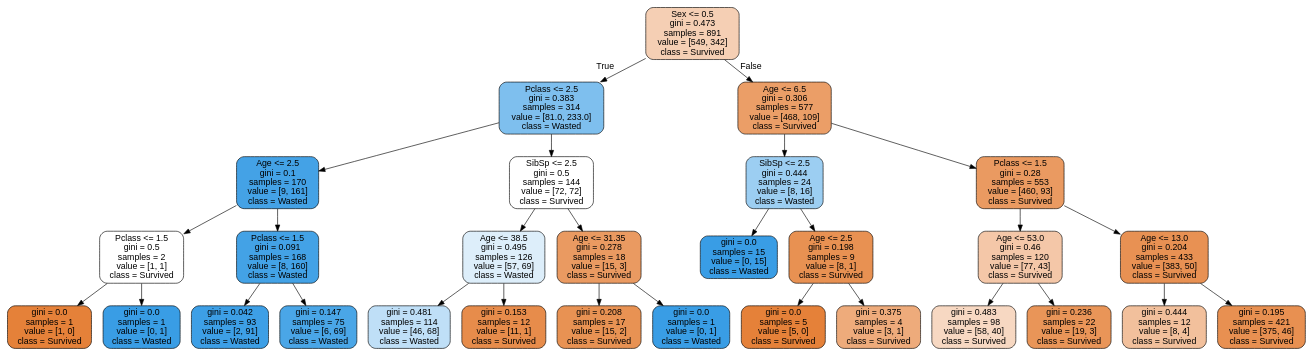
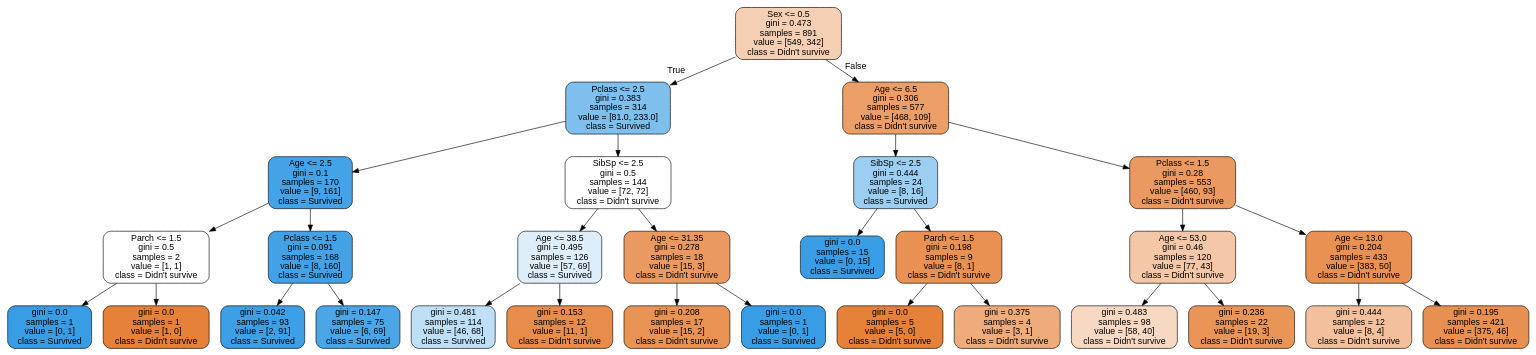
Before and after one commit to Angelmbx/Machine-Learing: the diagram in UD2/Clase/img/titanic_tree.dot, drawn with Graphviz. The commit also changed 2 other files, not shown here.

```diff
--- a/UD2/Clase/img/titanic_tree.dot
+++ b/UD2/Clase/img/titanic_tree.dot
@@ -1,61 +1,61 @@
 digraph Tree {
 node [shape=box, style="filled, rounded", color="black", fontname="helvetica"] ;
 edge [fontname="helvetica"] ;
-0 [label="Sex <= 0.5\ngini = 0.473\nsamples = 891\nvalue = [549, 342]\nclass = Survived", fillcolor="#f5cfb4"] ;
-1 [label="Pclass <= 2.5\ngini = 0.383\nsamples = 314\nvalue = [81.0, 233.0]\nclass = Wasted", fillcolor="#7ebfee"] ;
+0 [label="Sex <= 0.5\ngini = 0.473\nsamples = 891\nvalue = [549, 342]\nclass = Didn't survive", fillcolor="#f5cfb4"] ;
+1 [label="Pclass <= 2.5\ngini = 0.383\nsamples = 314\nvalue = [81.0, 233.0]\nclass = Survived", fillcolor="#7ebfee"] ;
 0 -> 1 [labeldistance=2.5, labelangle=45, headlabel="True"] ;
-2 [label="Age <= 2.5\ngini = 0.1\nsamples = 170\nvalue = [9, 161]\nclass = Wasted", fillcolor="#44a2e6"] ;
+2 [label="Age <= 2.5\ngini = 0.1\nsamples = 170\nvalue = [9, 161]\nclass = Survived", fillcolor="#44a2e6"] ;
 1 -> 2 ;
-3 [label="Pclass <= 1.5\ngini = 0.5\nsamples = 2\nvalue = [1, 1]\nclass = Survived", fillcolor="#ffffff"] ;
+3 [label="Parch <= 1.5\ngini = 0.5\nsamples = 2\nvalue = [1, 1]\nclass = Didn't survive", fillcolor="#ffffff"] ;
 2 -> 3 ;
-4 [label="gini = 0.0\nsamples = 1\nvalue = [1, 0]\nclass = Survived", fillcolor="#e58139"] ;
+4 [label="gini = 0.0\nsamples = 1\nvalue = [0, 1]\nclass = Survived", fillcolor="#399de5"] ;
 3 -> 4 ;
-5 [label="gini = 0.0\nsamples = 1\nvalue = [0, 1]\nclass = Wasted", fillcolor="#399de5"] ;
+5 [label="gini = 0.0\nsamples = 1\nvalue = [1, 0]\nclass = Didn't survive", fillcolor="#e58139"] ;
 3 -> 5 ;
-6 [label="Pclass <= 1.5\ngini = 0.091\nsamples = 168\nvalue = [8, 160]\nclass = Wasted", fillcolor="#43a2e6"] ;
+6 [label="Pclass <= 1.5\ngini = 0.091\nsamples = 168\nvalue = [8, 160]\nclass = Survived", fillcolor="#43a2e6"] ;
 2 -> 6 ;
-7 [label="gini = 0.042\nsamples = 93\nvalue = [2, 91]\nclass = Wasted", fillcolor="#3d9fe6"] ;
+7 [label="gini = 0.042\nsamples = 93\nvalue = [2, 91]\nclass = Survived", fillcolor="#3d9fe6"] ;
 6 -> 7 ;
-8 [label="gini = 0.147\nsamples = 75\nvalue = [6, 69]\nclass = Wasted", fillcolor="#4aa6e7"] ;
+8 [label="gini = 0.147\nsamples = 75\nvalue = [6, 69]\nclass = Survived", fillcolor="#4aa6e7"] ;
 6 -> 8 ;
-9 [label="SibSp <= 2.5\ngini = 0.5\nsamples = 144\nvalue = [72, 72]\nclass = Survived", fillcolor="#ffffff"] ;
+9 [label="SibSp <= 2.5\ngini = 0.5\nsamples = 144\nvalue = [72, 72]\nclass = Didn't survive", fillcolor="#ffffff"] ;
 1 -> 9 ;
-10 [label="Age <= 38.5\ngini = 0.495\nsamples = 126\nvalue = [57, 69]\nclass = Wasted", fillcolor="#ddeefa"] ;
+10 [label="Age <= 38.5\ngini = 0.495\nsamples = 126\nvalue = [57, 69]\nclass = Survived", fillcolor="#ddeefa"] ;
 9 -> 10 ;
-11 [label="gini = 0.481\nsamples = 114\nvalue = [46, 68]\nclass = Wasted", fillcolor="#bfdff7"] ;
+11 [label="gini = 0.481\nsamples = 114\nvalue = [46, 68]\nclass = Survived", fillcolor="#bfdff7"] ;
 10 -> 11 ;
-12 [label="gini = 0.153\nsamples = 12\nvalue = [11, 1]\nclass = Survived", fillcolor="#e78c4b"] ;
+12 [label="gini = 0.153\nsamples = 12\nvalue = [11, 1]\nclass = Didn't survive", fillcolor="#e78c4b"] ;
 10 -> 12 ;
-13 [label="Age <= 31.35\ngini = 0.278\nsamples = 18\nvalue = [15, 3]\nclass = Survived", fillcolor="#ea9a61"] ;
+13 [label="Age <= 31.35\ngini = 0.278\nsamples = 18\nvalue = [15, 3]\nclass = Didn't survive", fillcolor="#ea9a61"] ;
 9 -> 13 ;
-14 [label="gini = 0.208\nsamples = 17\nvalue = [15, 2]\nclass = Survived", fillcolor="#e89253"] ;
+14 [label="gini = 0.208\nsamples = 17\nvalue = [15, 2]\nclass = Didn't survive", fillcolor="#e89253"] ;
 13 -> 14 ;
-15 [label="gini = 0.0\nsamples = 1\nvalue = [0, 1]\nclass = Wasted", fillcolor="#399de5"] ;
+15 [label="gini = 0.0\nsamples = 1\nvalue = [0, 1]\nclass = Survived", fillcolor="#399de5"] ;
 13 -> 15 ;
-16 [label="Age <= 6.5\ngini = 0.306\nsamples = 577\nvalue = [468, 109]\nclass = Survived", fillcolor="#eb9e67"] ;
+16 [label="Age <= 6.5\ngini = 0.306\nsamples = 577\nvalue = [468, 109]\nclass = Didn't survive", fillcolor="#eb9e67"] ;
 0 -> 16 [labeldistance=2.5, labelangle=-45, headlabel="False"] ;
-17 [label="SibSp <= 2.5\ngini = 0.444\nsamples = 24\nvalue = [8, 16]\nclass = Wasted", fillcolor="#9ccef2"] ;
+17 [label="SibSp <= 2.5\ngini = 0.444\nsamples = 24\nvalue = [8, 16]\nclass = Survived", fillcolor="#9ccef2"] ;
 16 -> 17 ;
-18 [label="gini = 0.0\nsamples = 15\nvalue = [0, 15]\nclass = Wasted", fillcolor="#399de5"] ;
+18 [label="gini = 0.0\nsamples = 15\nvalue = [0, 15]\nclass = Survived", fillcolor="#399de5"] ;
 17 -> 18 ;
-19 [label="Age <= 2.5\ngini = 0.198\nsamples = 9\nvalue = [8, 1]\nclass = Survived", fillcolor="#e89152"] ;
+19 [label="Parch <= 1.5\ngini = 0.198\nsamples = 9\nvalue = [8, 1]\nclass = Didn't survive", fillcolor="#e89152"] ;
 17 -> 19 ;
-20 [label="gini = 0.0\nsamples = 5\nvalue = [5, 0]\nclass = Survived", fillcolor="#e58139"] ;
+20 [label="gini = 0.0\nsamples = 5\nvalue = [5, 0]\nclass = Didn't survive", fillcolor="#e58139"] ;
 19 -> 20 ;
-21 [label="gini = 0.375\nsamples = 4\nvalue = [3, 1]\nclass = Survived", fillcolor="#eeab7b"] ;
+21 [label="gini = 0.375\nsamples = 4\nvalue = [3, 1]\nclass = Didn't survive", fillcolor="#eeab7b"] ;
 19 -> 21 ;
-22 [label="Pclass <= 1.5\ngini = 0.28\nsamples = 553\nvalue = [460, 93]\nclass = Survived", fillcolor="#ea9a61"] ;
+22 [label="Pclass <= 1.5\ngini = 0.28\nsamples = 553\nvalue = [460, 93]\nclass = Didn't survive", fillcolor="#ea9a61"] ;
 16 -> 22 ;
-23 [label="Age <= 53.0\ngini = 0.46\nsamples = 120\nvalue = [77, 43]\nclass = Survived", fillcolor="#f4c7a8"] ;
+23 [label="Age <= 53.0\ngini = 0.46\nsamples = 120\nvalue = [77, 43]\nclass = Didn't survive", fillcolor="#f4c7a8"] ;
 22 -> 23 ;
-24 [label="gini = 0.483\nsamples = 98\nvalue = [58, 40]\nclass = Survived", fillcolor="#f7d8c2"] ;
+24 [label="gini = 0.483\nsamples = 98\nvalue = [58, 40]\nclass = Didn't survive", fillcolor="#f7d8c2"] ;
 23 -> 24 ;
-25 [label="gini = 0.236\nsamples = 22\nvalue = [19, 3]\nclass = Survived", fillcolor="#e99558"] ;
+25 [label="gini = 0.236\nsamples = 22\nvalue = [19, 3]\nclass = Didn't survive", fillcolor="#e99558"] ;
 23 -> 25 ;
-26 [label="Age <= 13.0\ngini = 0.204\nsamples = 433\nvalue = [383, 50]\nclass = Survived", fillcolor="#e89153"] ;
+26 [label="Age <= 13.0\ngini = 0.204\nsamples = 433\nvalue = [383, 50]\nclass = Didn't survive", fillcolor="#e89153"] ;
 22 -> 26 ;
-27 [label="gini = 0.444\nsamples = 12\nvalue = [8, 4]\nclass = Survived", fillcolor="#f2c09c"] ;
+27 [label="gini = 0.444\nsamples = 12\nvalue = [8, 4]\nclass = Didn't survive", fillcolor="#f2c09c"] ;
 26 -> 27 ;
-28 [label="gini = 0.195\nsamples = 421\nvalue = [375, 46]\nclass = Survived", fillcolor="#e89051"] ;
+28 [label="gini = 0.195\nsamples = 421\nvalue = [375, 46]\nclass = Didn't survive", fillcolor="#e89051"] ;
 26 -> 28 ;
 }
```
